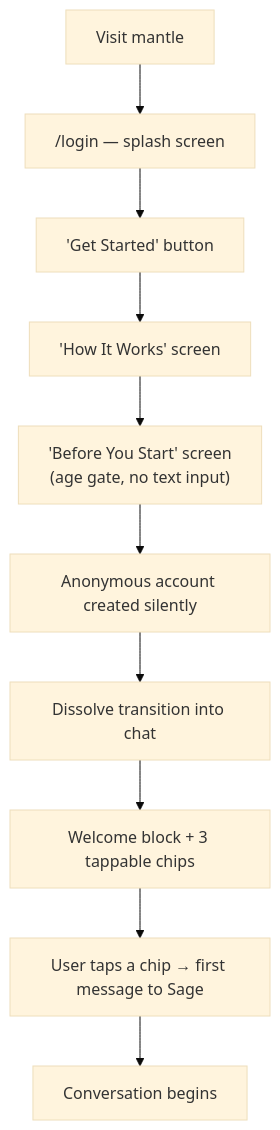
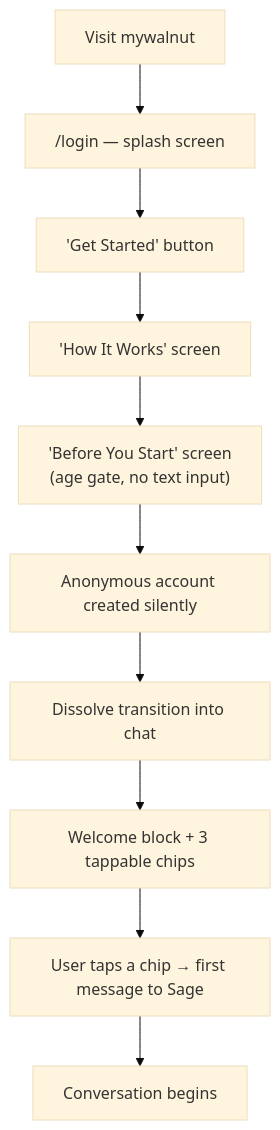
One commit to h2onation/mantle changed the first of 7 diagrams in .claude/diagrams/user-flows.md. Above: the diagram before and after it, drawn with Mermaid (base theme). The commit also changed 51 other files, not shown here.

First line of the commit message:
Brand migration: Mantle → mywalnut (mywalnut.app)

````diff
--- a/.claude/diagrams/user-flows.md
+++ b/.claude/diagrams/user-flows.md
@@ -5,12 +5,12 @@
 ```mermaid
 flowchart TD
-    A["Visit mantle"] --> B["/login — splash screen"]
+    A["Visit mywalnut"] --> B["/login — splash screen"]
     B --> C["'Get Started' button"]
     C --> D["'How It Works' screen"]
     D --> E["'Before You Start' screen<br/>(age gate, no text input)"]
     E --> F["Anonymous account created silently"]
     F --> G["Dissolve transition into chat"]
     G --> H["Welcome block + 3 tappable chips"]
     H --> I["User taps a chip → first message to Sage"]
     I --> J["Conversation begins"]
 ```
````
